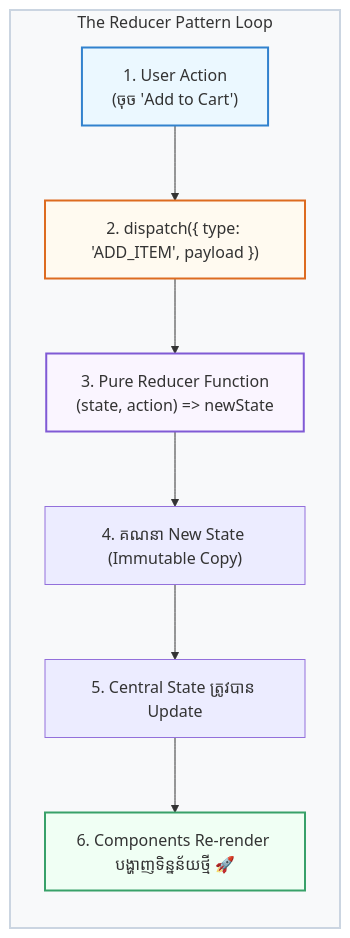
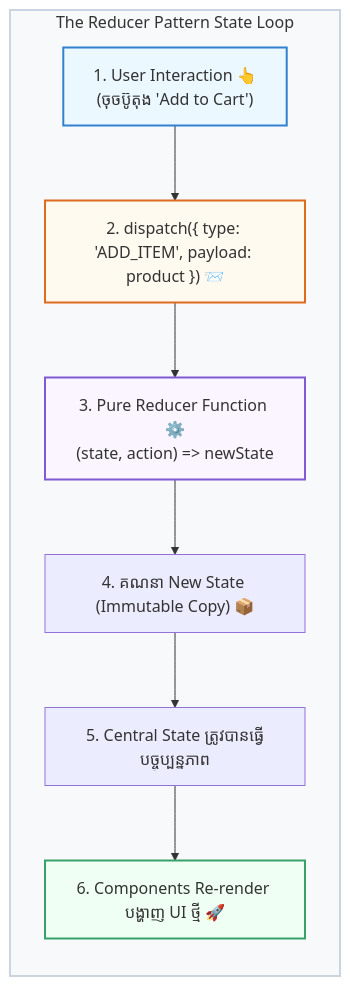
Before and after one commit to Ari-ICU/full-stack-short-coures: the diagram in src/courses/react/module-7-global-state/03-usereducer-complex-state.mdx, drawn with Mermaid. The commit also changed other lines of this file and 4 other files, not shown here.

````diff
--- a/src/courses/react/module-7-global-state/03-usereducer-complex-state.mdx
+++ b/src/courses/react/module-7-global-state/03-usereducer-complex-state.mdx
@@ -38,17 +49,17 @@
 ```mermaid
 flowchart TD
-    subgraph ReducerLoop["The Reducer Pattern Loop"]
+    subgraph ReducerLoop["The Reducer Pattern State Loop"]
         direction TB
-        UI["1. User Action<br/>(ចុច 'Add to Cart')"] --> Dispatch["2. dispatch({ type: 'ADD_ITEM', payload })"]
-        Dispatch --> Reducer["3. Pure Reducer Function<br/>(state, action) => newState"]
-        Reducer --> NewState["4. គណនា New State (Immutable Copy)"]
-        NewState --> Store["5. Central State ត្រូវបាន Update"]
-        Store --> ReRender["6. Components Re-render បង្ហាញទិន្នន័យថ្មី 🚀"]
+        UI["1. User Interaction 👆<br/>(ចុចប៊ូតុង 'Add to Cart')"] --> Dispatch["2. dispatch({ type: 'ADD_ITEM', payload: product }) 📨"]
+        Dispatch --> Reducer["3. Pure Reducer Function ⚙️<br/>(state, action) => newState"]
+        Reducer --> NewState["4. គណនា New State (Immutable Copy) 📦"]
+        NewState --> Store["5. Central State ត្រូវបានធ្វើបច្ចុប្បន្នភាព"]
+        Store --> ReRender["6. Components Re-render បង្ហាញ UI ថ្មី 🚀"]
     end
 
     style ReducerLoop fill:#f8f9fa,stroke:#cbd5e1,stroke-width:2px
     style UI fill:#ebf8ff,stroke:#3182ce,stroke-width:2px
     style Dispatch fill:#fffaf0,stroke:#dd6b20,stroke-width:2px
     style Reducer fill:#faf5ff,stroke:#805ad5,stroke-width:2px
     style ReRender fill:#f0fff4,stroke:#38a169,stroke-width:2px
 ```
````
